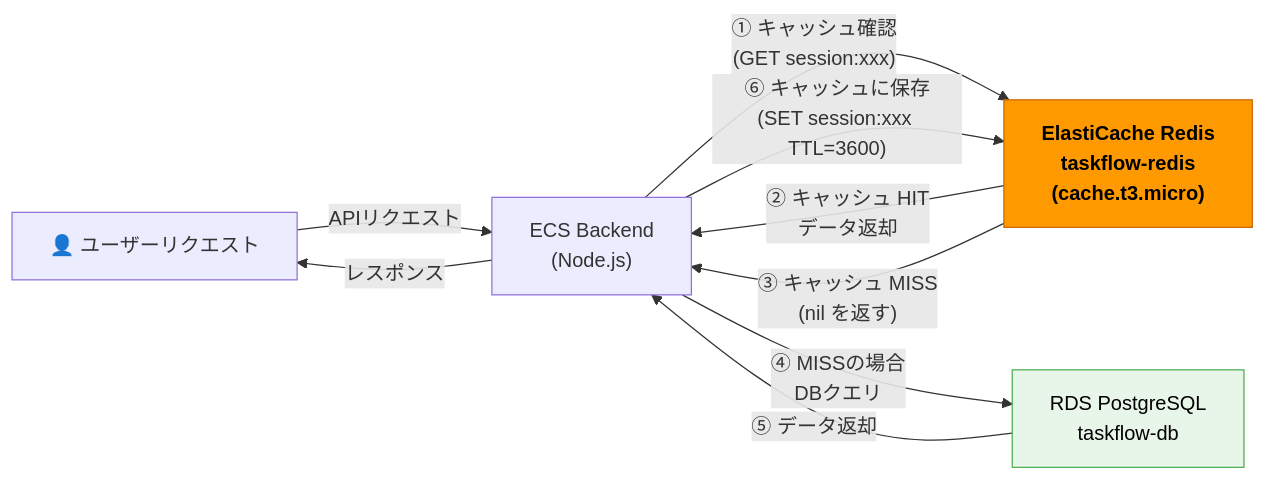
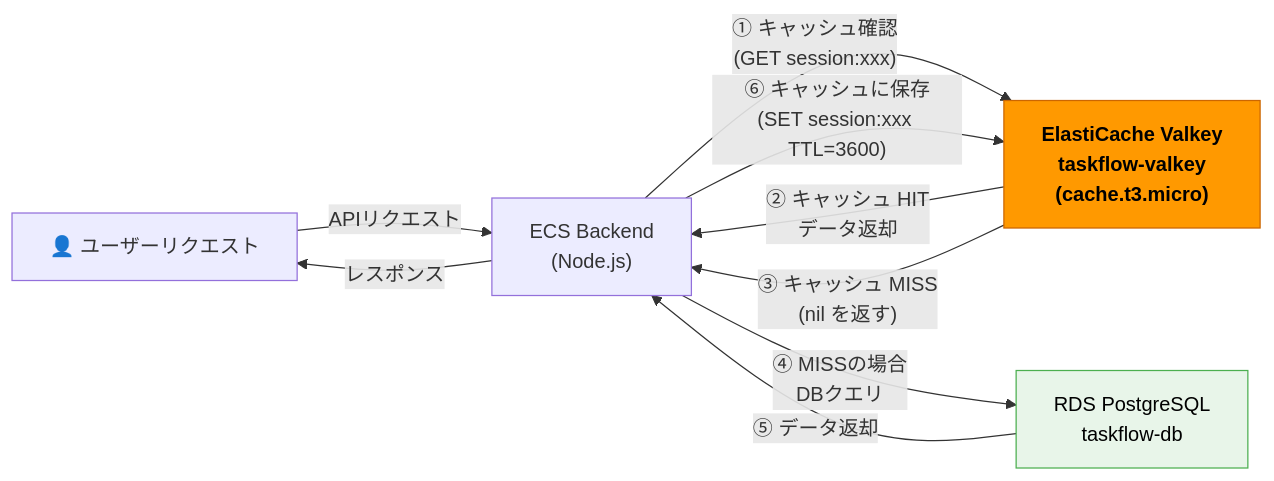
One commit to kiccho-hub/taskflow-aws changed the second of 2 diagrams in tasks/console/04_elasticache.md. Above: the diagram before and after it, drawn with Mermaid. The commit also changed other lines of this file and 28 other files, not shown here.

````diff
--- a/tasks/console/04_elasticache.md
+++ b/tasks/console/04_elasticache.md
@@ -59,24 +74,24 @@
 ```mermaid
 flowchart LR
     Client["👤 ユーザーリクエスト"]
     ECSBack["ECS Backend\n(Node.js)"]
-    Redis["ElastiCache Redis\ntaskflow-redis\n(cache.t3.micro)"]
+    Redis["ElastiCache Valkey\ntaskflow-valkey\n(cache.t3.micro)"]
     RDS["RDS PostgreSQL\ntaskflow-db"]
 
     Client -->|"APIリクエスト"| ECSBack
     ECSBack -->|"① キャッシュ確認\n(GET session:xxx)"| Redis
 
     Redis -->|"② キャッシュ HIT\nデータ返却"| ECSBack
     Redis -->|"③ キャッシュ MISS\n(nil を返す)"| ECSBack
 
     ECSBack -->|"④ MISSの場合\nDBクエリ"| RDS
     RDS -->|"⑤ データ返却"| ECSBack
     ECSBack -->|"⑥ キャッシュに保存\n(SET session:xxx TTL=3600)"| Redis
 
     ECSBack -->|"レスポンス"| Client
 
     classDef highlight fill:#ff9900,stroke:#cc6600,color:#000,font-weight:bold
     classDef db fill:#e8f5e9,stroke:#4caf50,color:#000
     class Redis highlight
     class RDS db
 ```
````
